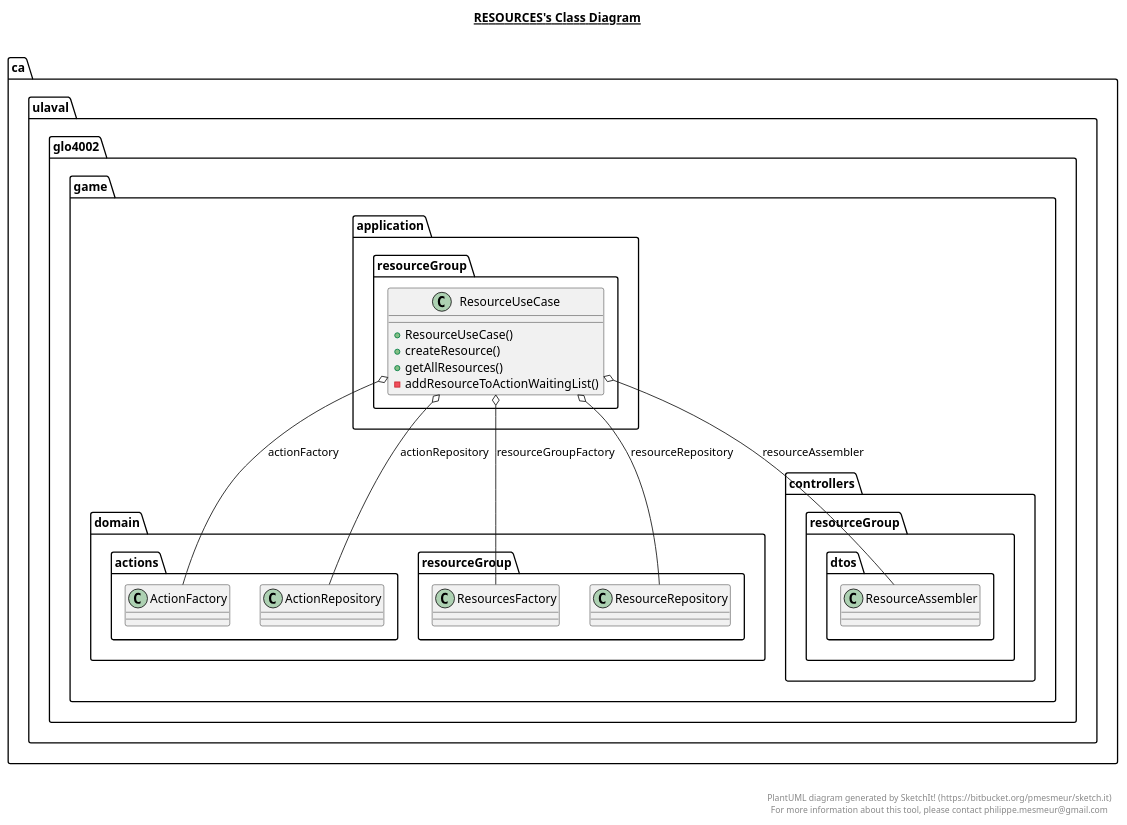
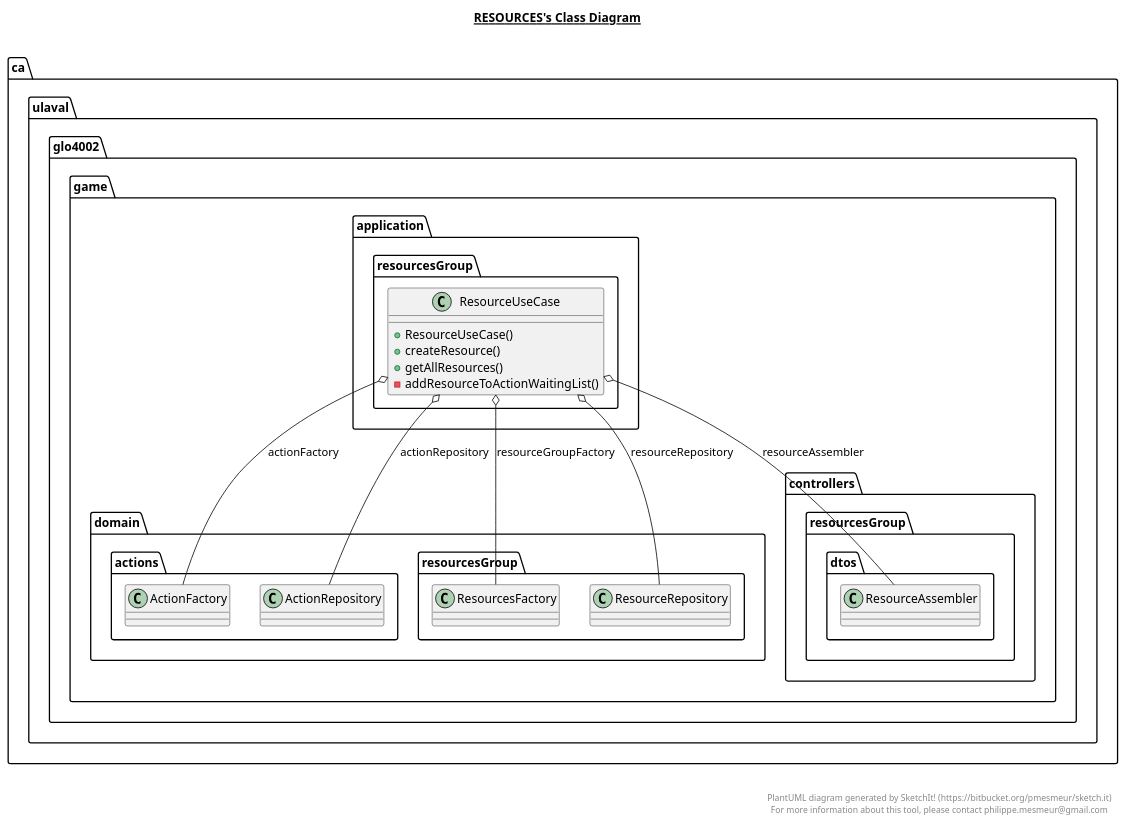
One commit to MALEC321/MEP7 changed the diagram in game-api/src/main/java/ca/ulaval/glo4002/game/application/resources/resources.plantuml. Above: the diagram before and after it, drawn with PlantUML. The commit also changed 26 other files, not shown here.

```diff
--- a/game-api/src/main/java/ca/ulaval/glo4002/game/application/resources/resources.plantuml
+++ b/game-api/src/main/java/ca/ulaval/glo4002/game/application/resources/resources.plantuml
@@ -1,31 +1,31 @@
 @startuml
 
 title __RESOURCES's Class Diagram__\n
 
     namespace ca.ulaval.glo4002.game {
-      namespace application.resourceGroup {
-        class ca.ulaval.glo4002.game.application.resourceGroup.ResourceUseCase {
+      namespace application.resourcesGroup {
+        class ca.ulaval.glo4002.game.application.resourcesGroup.ResourceUseCase {
             + ResourceUseCase()
             + createResource()
             + getAllResources()
             - addResourceToActionWaitingList()
         }
       }
     }
   
 
-  ca.ulaval.glo4002.game.application.resourceGroup.ResourceUseCase o-- ca.ulaval.glo4002.game.domain.actions.ActionFactory : actionFactory
-  ca.ulaval.glo4002.game.application.resourceGroup.ResourceUseCase o-- ca.ulaval.glo4002.game.domain.actions.ActionRepository : actionRepository
-  ca.ulaval.glo4002.game.application.resourceGroup.ResourceUseCase o-- ca.ulaval.glo4002.game.controllers.resourceGroup.dtos.ResourceAssembler : resourceAssembler
-  ca.ulaval.glo4002.game.application.resourceGroup.ResourceUseCase o-- ca.ulaval.glo4002.game.domain.resourceGroup.ResourcesFactory : resourceGroupFactory
-  ca.ulaval.glo4002.game.application.resourceGroup.ResourceUseCase o-- ca.ulaval.glo4002.game.domain.resourceGroup.ResourceRepository : resourceRepository
+  ca.ulaval.glo4002.game.application.resourcesGroup.ResourceUseCase o-- ca.ulaval.glo4002.game.domain.actions.ActionFactory : actionFactory
+  ca.ulaval.glo4002.game.application.resourcesGroup.ResourceUseCase o-- ca.ulaval.glo4002.game.domain.actions.ActionRepository : actionRepository
+  ca.ulaval.glo4002.game.application.resourcesGroup.ResourceUseCase o-- ca.ulaval.glo4002.game.controllers.resourcesGroup.dtos.ResourceAssembler : resourceAssembler
+  ca.ulaval.glo4002.game.application.resourcesGroup.ResourceUseCase o-- ca.ulaval.glo4002.game.domain.resourcesGroup.ResourcesFactory : resourceGroupFactory
+  ca.ulaval.glo4002.game.application.resourcesGroup.ResourceUseCase o-- ca.ulaval.glo4002.game.domain.resourcesGroup.ResourceRepository : resourceRepository
 
 
 right footer
 
 
 PlantUML diagram generated by SketchIt! (https://bitbucket.org/pmesmeur/sketch.it)
 For more information about this tool, please contact philippe.mesmeur@gmail.com
 endfooter
 
 @enduml
```
